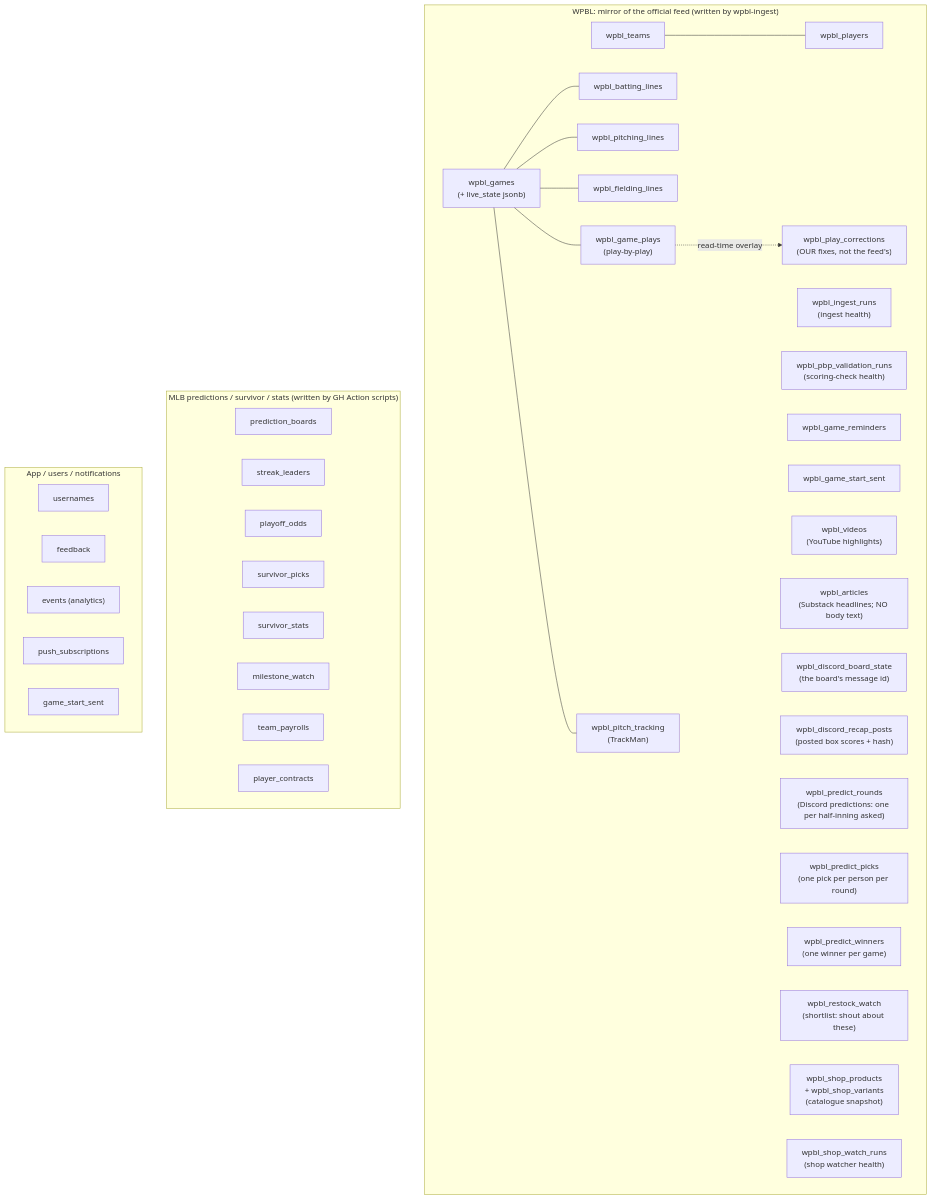
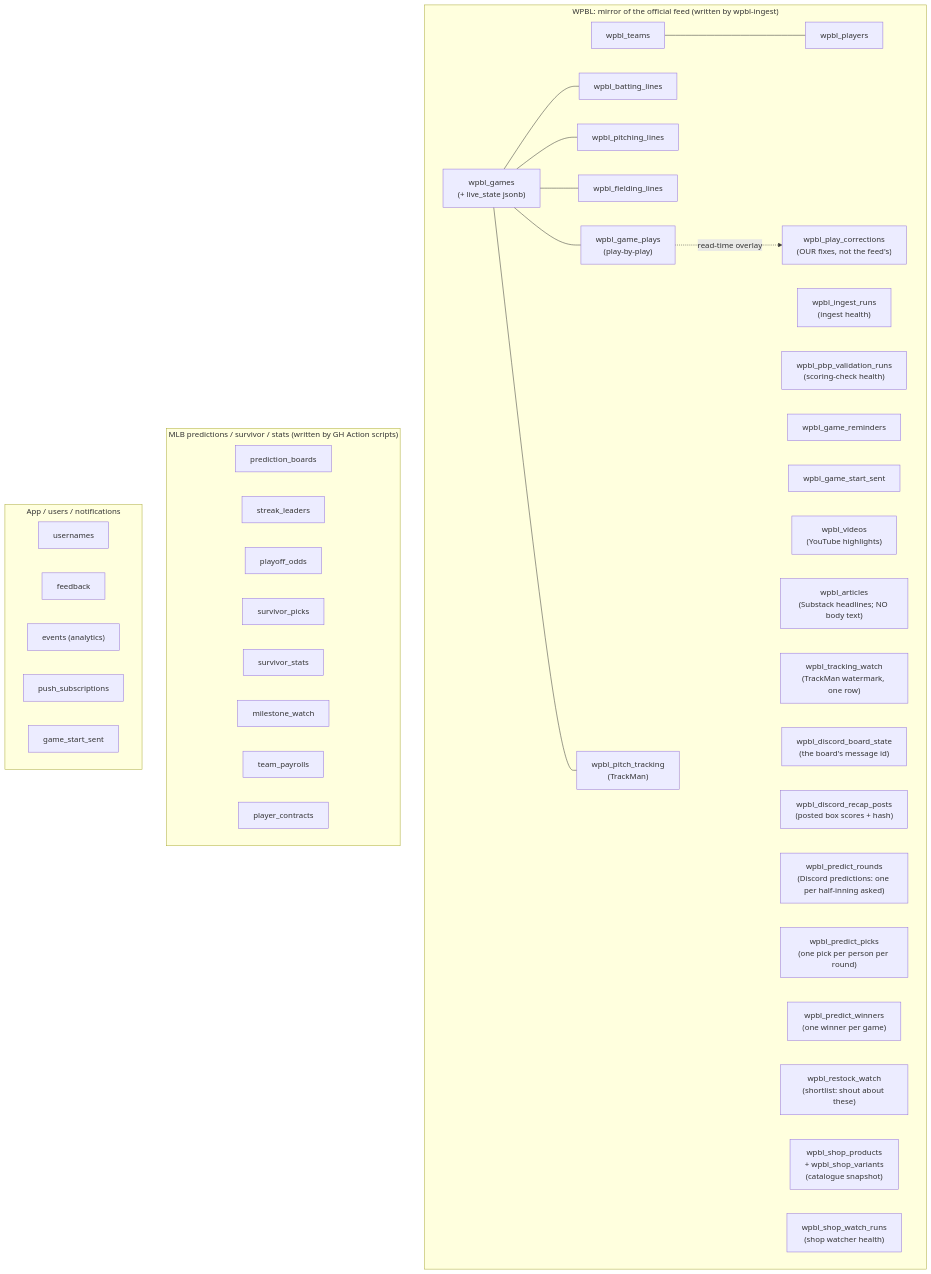
The third of 5 diagrams in ARCHITECTURE.md (sportydolphin/fun), drawn with Mermaid before and after one commit. The commit also changed other lines of this file and 1 other file, not shown here.

Commit message:
Docs: the tracking watcher, and the deep-link fix
ARCHITECTURE gets the new table and the new cron row. The roadmap records
both of today's shipped changes, including why the tracking card's
self-hiding was the bug rather than the symptom.

````diff
--- a/ARCHITECTURE.md
+++ b/ARCHITECTURE.md
@@ -168,51 +168,52 @@
 ```mermaid
 flowchart TB
     subgraph WPBL["WPBL: mirror of the official feed (written by wpbl-ingest)"]
         t_teams["wpbl_teams"]
         t_players["wpbl_players"]
         t_games["wpbl_games<br/>(+ live_state jsonb)"]
         t_bat["wpbl_batting_lines"]
         t_pit["wpbl_pitching_lines"]
         t_field["wpbl_fielding_lines"]
         t_plays["wpbl_game_plays<br/>(play-by-play)"]
         t_track["wpbl_pitch_tracking<br/>(TrackMan)"]
         t_runs["wpbl_ingest_runs<br/>(ingest health)"]
         t_pbpval["wpbl_pbp_validation_runs<br/>(scoring-check health)"]
         t_rem["wpbl_game_reminders"]
         t_wsent["wpbl_game_start_sent"]
         t_vid["wpbl_videos<br/>(YouTube highlights)"]
         t_art["wpbl_articles<br/>(Substack headlines; NO body text)"]
+        t_trackwatch["wpbl_tracking_watch<br/>(TrackMan watermark, one row)"]
         t_board["wpbl_discord_board_state<br/>(the board's message id)"]
         t_recap["wpbl_discord_recap_posts<br/>(posted box scores + hash)"]
         t_pround["wpbl_predict_rounds<br/>(Discord predictions: one per half-inning asked)"]
         t_ppick["wpbl_predict_picks<br/>(one pick per person per round)"]
         t_pwin["wpbl_predict_winners<br/>(one winner per game)"]
         t_corr["wpbl_play_corrections<br/>(OUR fixes, not the feed's)"]
         t_restock["wpbl_restock_watch<br/>(shortlist: shout about these)"]
         t_shopp["wpbl_shop_products<br/>+ wpbl_shop_variants<br/>(catalogue snapshot)"]
         t_shopr["wpbl_shop_watch_runs<br/>(shop watcher health)"]
     end
 
     subgraph MLB["MLB predictions / survivor / stats (written by GH Action scripts)"]
         m_boards["prediction_boards"]
         m_streaks["streak_leaders"]
         m_odds["playoff_odds"]
         m_surv["survivor_picks"]
         m_survs["survivor_stats"]
         m_mile["milestone_watch"]
         m_pay["team_payrolls"]
         m_contract["player_contracts"]
     end
 
     subgraph APP["App / users / notifications"]
         a_users["usernames"]
         a_feed["feedback"]
         a_events["events (analytics)"]
         a_push["push_subscriptions"]
         a_sent["game_start_sent"]
     end
 
     t_teams --- t_players
     t_games --- t_bat & t_pit & t_field & t_plays & t_track
     t_plays -.->|read-time overlay| t_corr
 ```
````
